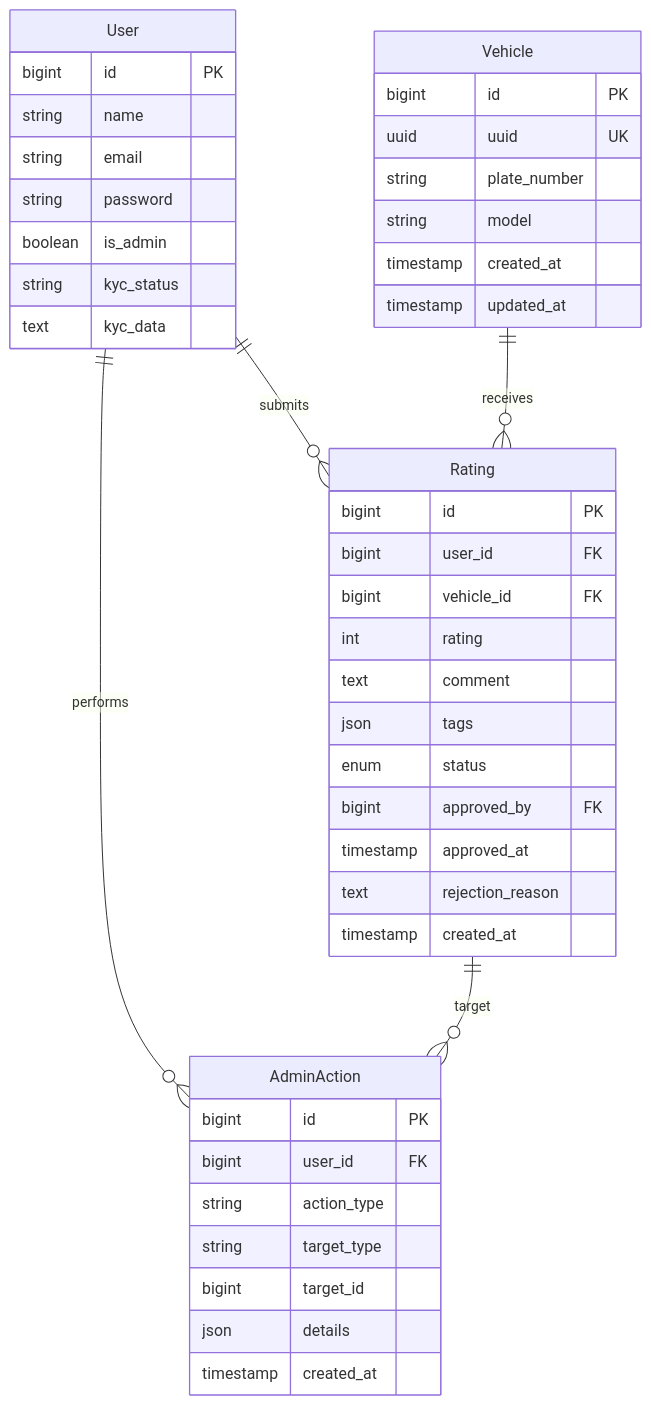
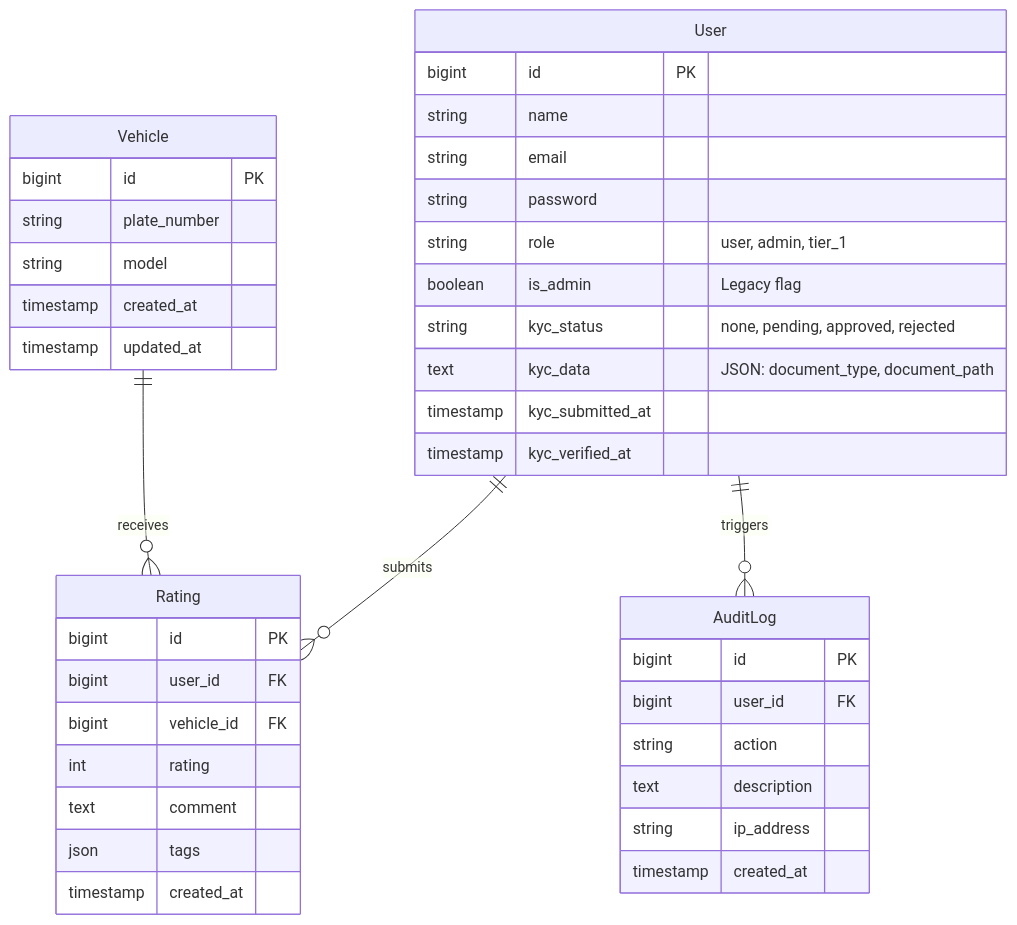
One commit to ardfar/MataJalan changed the diagram in documentation/DATABASE.md. Above: the diagram before and after it, drawn with Mermaid. The commit also changed other lines of this file and 4 other files, not shown here.

````diff
--- a/documentation/DATABASE.md
+++ b/documentation/DATABASE.md
@@ -8,47 +8,46 @@
 ```mermaid
 erDiagram
     User ||--o{ Rating : "submits"
+    User ||--o{ AuditLog : "triggers"
     Vehicle ||--o{ Rating : "receives"
-    User ||--o{ AdminAction : "performs"
-    Rating ||--o{ AdminAction : "target"
     
     User {
         bigint id PK
         string name
         string email
         string password
-        boolean is_admin
-        string kyc_status
-        text kyc_data
+        string role "user, admin, tier_1"
+        boolean is_admin "Legacy flag"
+        string kyc_status "none, pending, approved, rejected"
+        text kyc_data "JSON: document_type, document_path"
+        timestamp kyc_submitted_at
+        timestamp kyc_verified_at
     }
+    
     Vehicle {
         bigint id PK
-        uuid uuid UK
         string plate_number
         string model
         timestamp created_at
         timestamp updated_at
     }
+    
     Rating {
         bigint id PK
         bigint user_id FK
         bigint vehicle_id FK
         int rating
         text comment
         json tags
-        enum status
-        bigint approved_by FK
-        timestamp approved_at
-        text rejection_reason
         timestamp created_at
     }
-    AdminAction {
+    
+    AuditLog {
         bigint id PK
         bigint user_id FK
-        string action_type
-        string target_type
-        bigint target_id
-        json details
+        string action
+        text description
+        string ip_address
         timestamp created_at
     }
 ```
````
